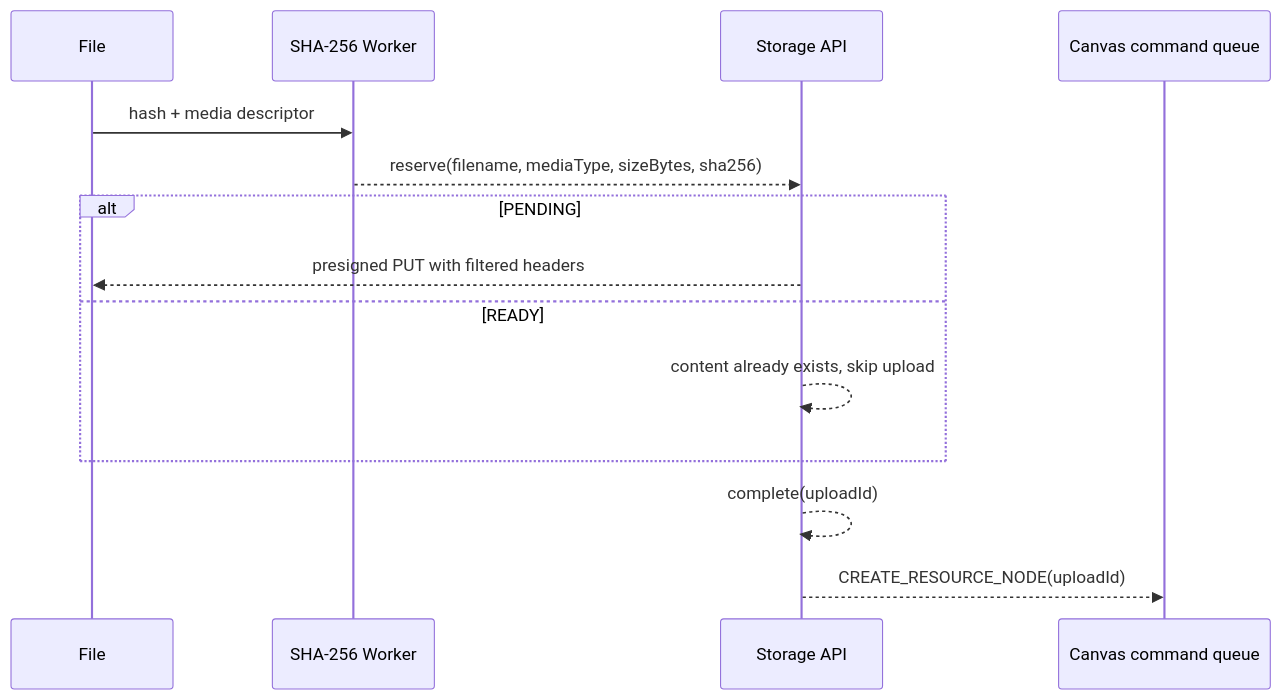
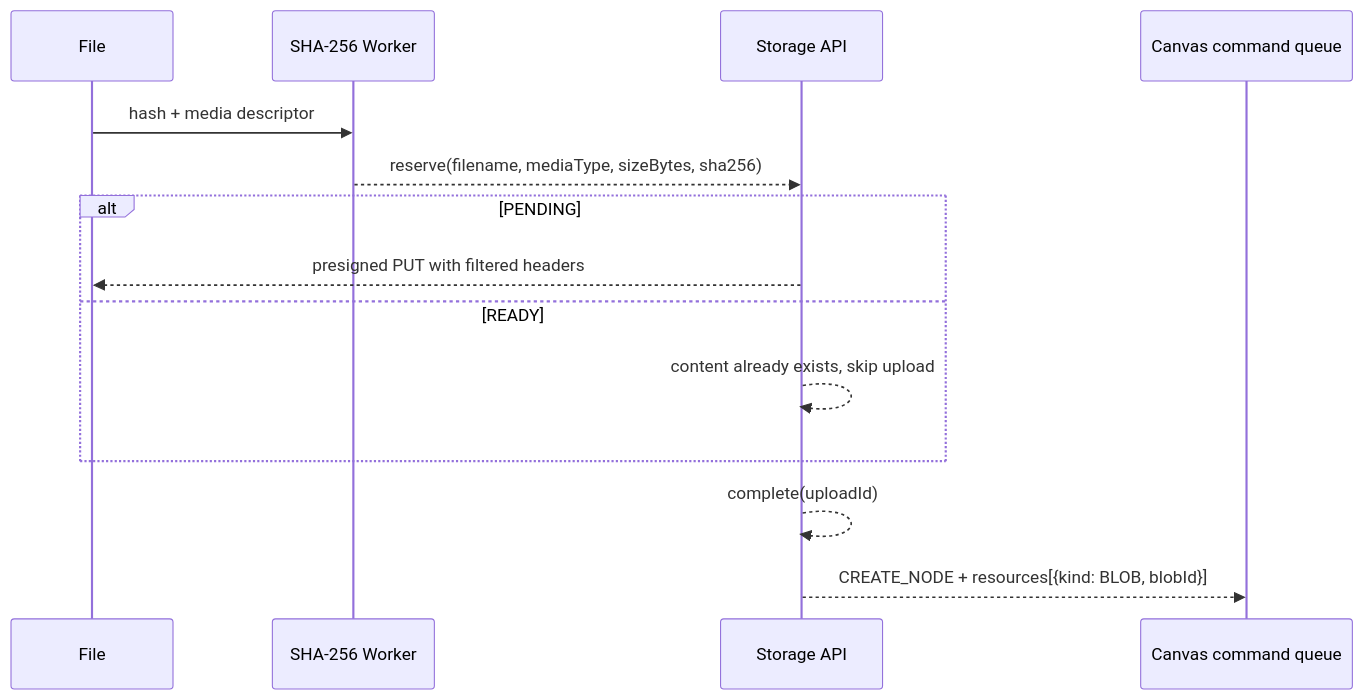
The second of 2 diagrams in docs/modules/frontend.md (fengwk/kk-studio), drawn with Mermaid before and after one commit. The commit also changed other lines of this file and 8 other files, not shown here.

````diff
--- a/docs/modules/frontend.md
+++ b/docs/modules/frontend.md
@@ -300,17 +306,17 @@
 ```mermaid
 sequenceDiagram
   participant F as File
   participant W as SHA-256 Worker
   participant API as Storage API
   participant C as Canvas command queue
 
   F->>W: hash + media descriptor
   W-->>API: reserve(filename, mediaType, sizeBytes, sha256)
   alt PENDING
     API-->>F: presigned PUT with filtered headers
   else READY
     API-->>API: content already exists, skip upload
   end
   API-->>API: complete(uploadId)
-  API-->>C: CREATE_RESOURCE_NODE(uploadId)
+  API-->>C: CREATE_NODE + resources[{kind: BLOB, blobId}]
 ```
````
